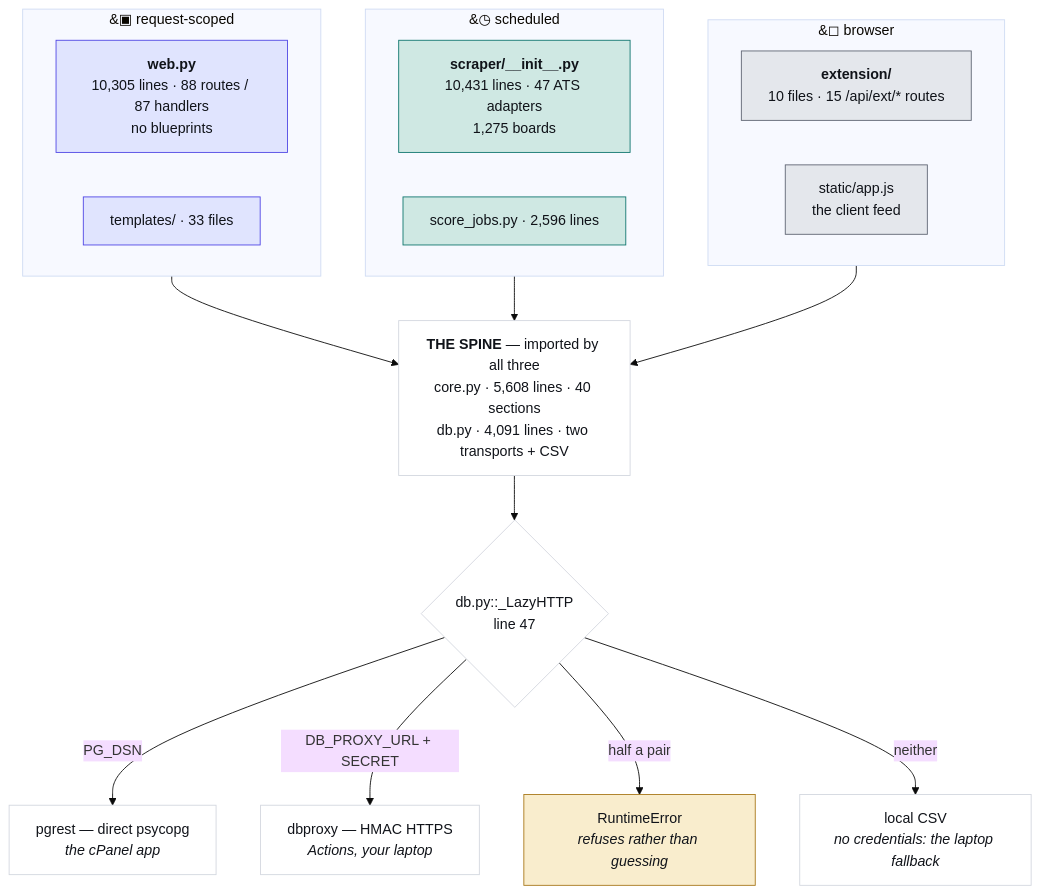
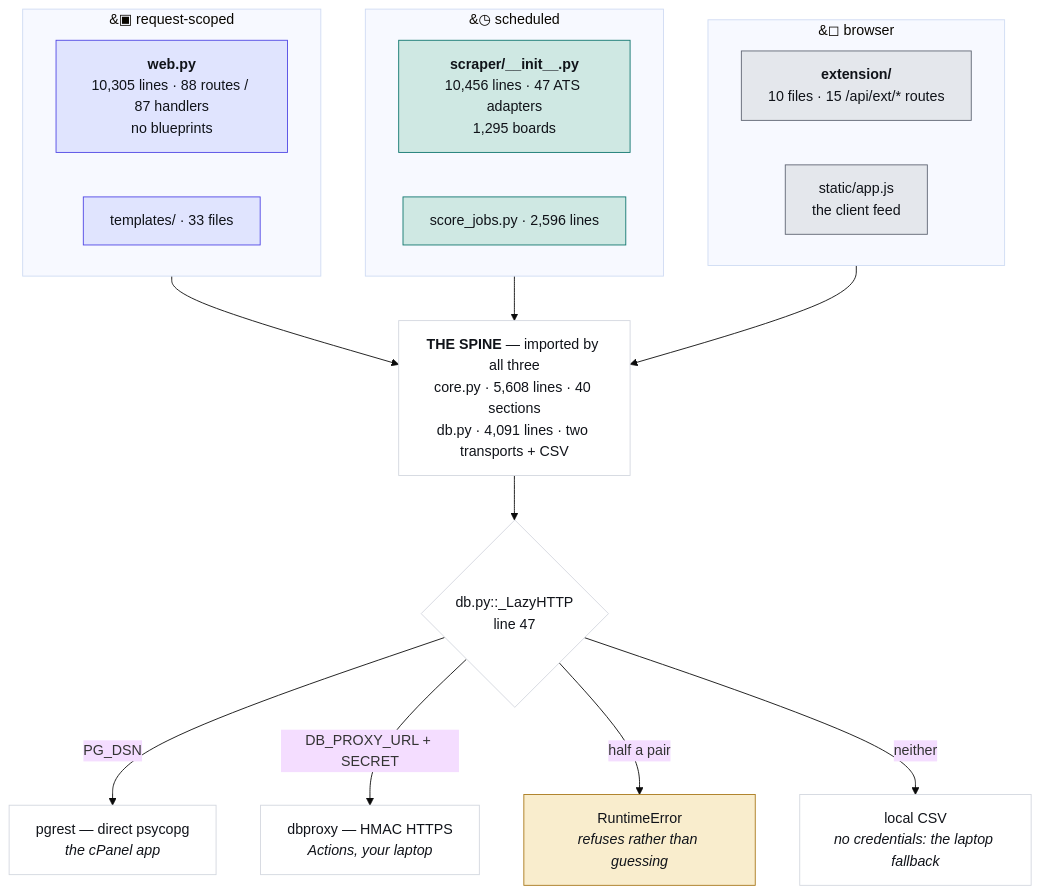
One commit to hadakunal909-debug/job-search-tool changed the first of 4 diagrams in JobMatch Scraper/docs/ARCHITECTURE.md. Above: the diagram before and after it, drawn with Mermaid (base theme). The commit also changed other lines of this file and 11 other files, not shown here.

````diff
--- a/JobMatch Scraper/docs/ARCHITECTURE.md
+++ b/JobMatch Scraper/docs/ARCHITECTURE.md
@@ -48,34 +48,34 @@
 ```mermaid
 flowchart TB
   subgraph REQ["&#9635; request-scoped"]
     W["<b>web.py</b><br/>10,305 lines · 88 routes / 87 handlers<br/>no blueprints"]
     T["templates/ · 33 files"]
   end
   subgraph SCH["&#9719; scheduled"]
-    S["<b>scraper/__init__.py</b><br/>10,431 lines · 47 ATS adapters<br/>1,275 boards"]
+    S["<b>scraper/__init__.py</b><br/>10,456 lines · 47 ATS adapters<br/>1,295 boards"]
     J["score_jobs.py · 2,596 lines"]
   end
   subgraph CLI["&#9723; browser"]
     E["<b>extension/</b><br/>10 files · 15 /api/ext/* routes"]
     A["static/app.js<br/>the client feed"]
   end
   SPINE["<b>THE SPINE</b> — imported by all three<br/>core.py · 5,608 lines · 40 sections<br/>db.py · 4,091 lines · two transports + CSV"]
   REQ --> SPINE
   SCH --> SPINE
   CLI --> SPINE
   SPINE --> D{"db.py::_LazyHTTP<br/>line 47"}
   D -->|"PG_DSN"| P["pgrest — direct psycopg<br/><i>the cPanel app</i>"]
   D -->|"DB_PROXY_URL + SECRET"| X["dbproxy — HMAC HTTPS<br/><i>Actions, your laptop</i>"]
   D -->|"half a pair"| R["RuntimeError<br/><i>refuses rather than guessing</i>"]
   D -->|"neither"| V["local CSV<br/><i>no credentials: the laptop fallback</i>"]
   classDef web fill:#e0e4fe,stroke:#4f46e5,color:#101319
   classDef sched fill:#cfe8e3,stroke:#0f766e,color:#101319
   classDef client fill:#e4e7ec,stroke:#5f6573,color:#101319
   classDef trap fill:#f9edcd,stroke:#a8781a,color:#101319
   classDef plain fill:#ffffff,stroke:#d3d7df,color:#101319
   class W,T web
   class S,J sched
   class E,A client
   class R trap
   class SPINE,D,P,X,V plain
 ```
````
